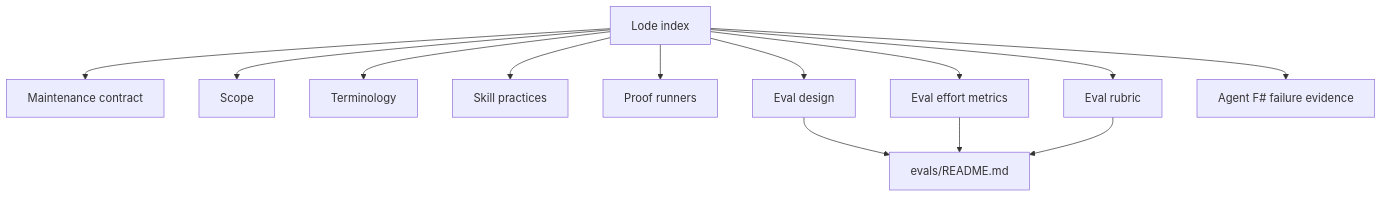
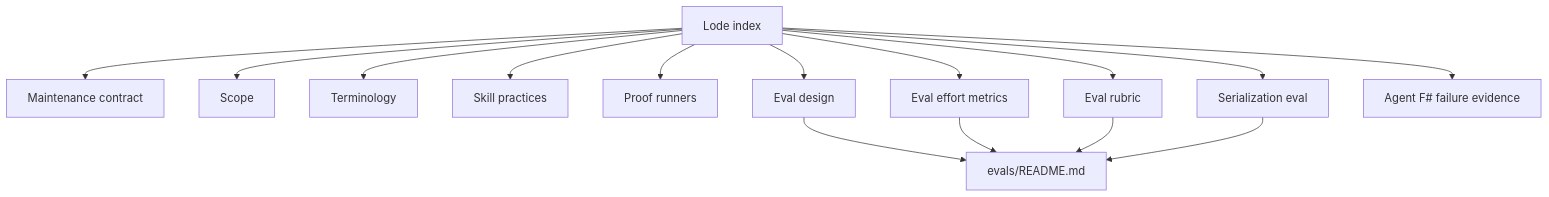
Before and after one commit to TheAngryByrd/fsharp-skills: the diagram in lode/lode-map.md, drawn with Mermaid. The commit also changed other lines of this file and 30 other files, not shown here.

First line of the commit message:
Add the fsharp-serialization skill and its evals (#19)

````diff
--- a/lode/lode-map.md
+++ b/lode/lode-map.md
@@ -22,15 +23,17 @@
 ```mermaid
 flowchart TD
     Index[Lode index] --> Readme[Maintenance contract]
     Index --> Summary[Scope]
     Index --> Terms[Terminology]
     Index --> Practices[Skill practices]
     Index --> ProofRunners[Proof runners]
     Index --> EvalDesign[Eval design]
     Index --> EffortMetrics[Eval effort metrics]
     Index --> Rubric[Eval rubric]
+    Index --> Serialization[Serialization eval]
     Index --> Failures[Agent F# failure evidence]
     EvalDesign --> EvalsReadme[evals/README.md]
     EffortMetrics --> EvalsReadme
     Rubric --> EvalsReadme
+    Serialization --> EvalsReadme
 ```
````
